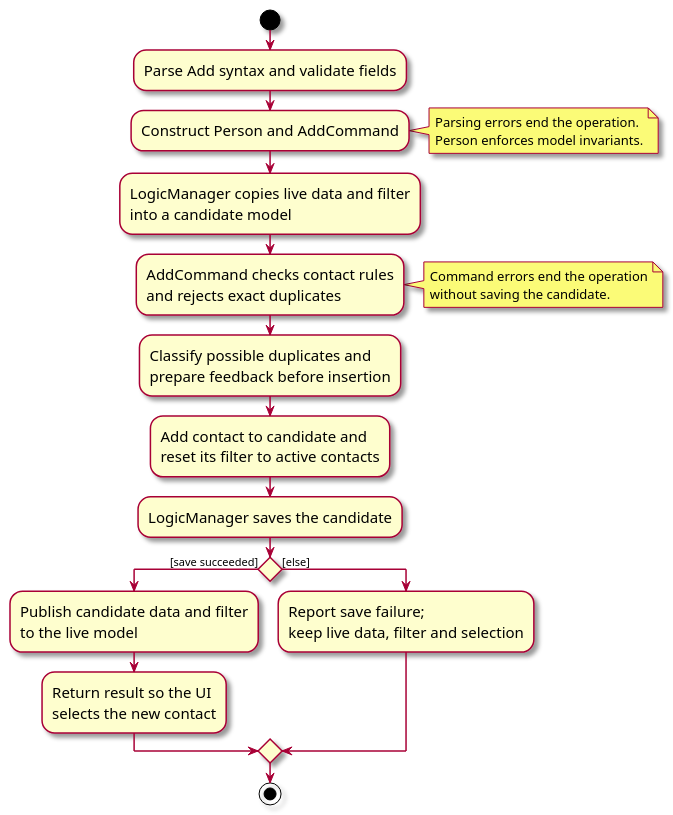
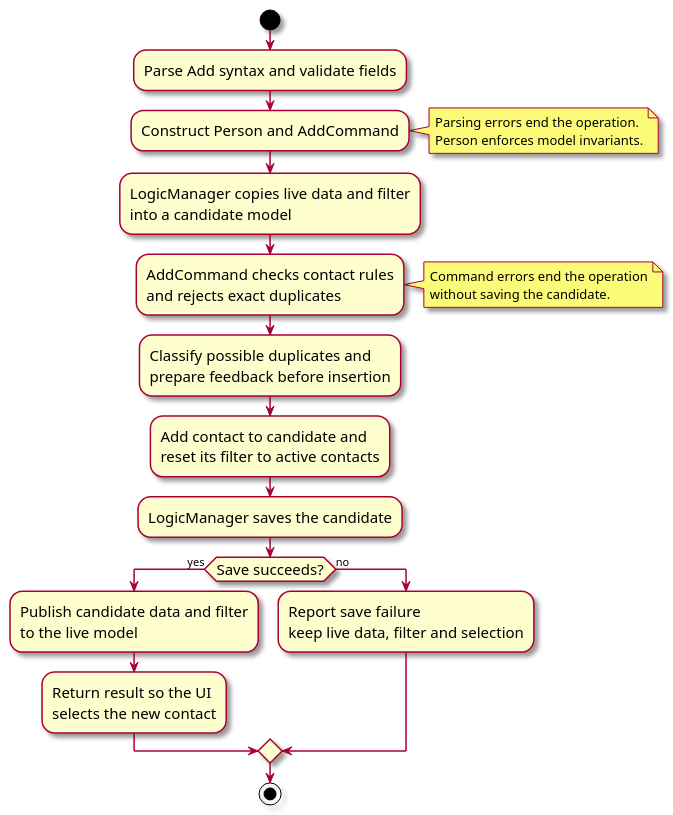
One commit to AY2627S1-CS2103T-T15-2/tp changed the diagram in docs/diagrams/AddContactActivityDiagram.puml. Above: the diagram before and after it, drawn with PlantUML. The commit also changed 5 other files, not shown here.

First line of the commit message:
Clarify Add validation and activity flow

```diff
--- a/docs/diagrams/AddContactActivityDiagram.puml
+++ b/docs/diagrams/AddContactActivityDiagram.puml
@@ -1,28 +1,28 @@
 @startuml
 skin rose
 skinparam ActivityFontSize 15
 
 start
 :Parse Add syntax and validate fields;
 :Construct Person and AddCommand;
 note right
   Parsing errors end the operation.
   Person enforces model invariants.
 end note
 :LogicManager copies live data and filter\ninto a candidate model;
 :AddCommand checks contact rules\nand rejects exact duplicates;
 note right
   Command errors end the operation
   without saving the candidate.
 end note
 :Classify possible duplicates and\nprepare feedback before insertion;
 :Add contact to candidate and\nreset its filter to active contacts;
 :LogicManager saves the candidate;
-if () then ([save succeeded])
+if (Save succeeds?) then (yes)
   :Publish candidate data and filter\nto the live model;
   :Return result so the UI\nselects the new contact;
-else ([else])
-  :Report save failure;\nkeep live data, filter and selection;
+else (no)
+  :Report save failure\nkeep live data, filter and selection;
 endif
 stop
 @enduml
```
